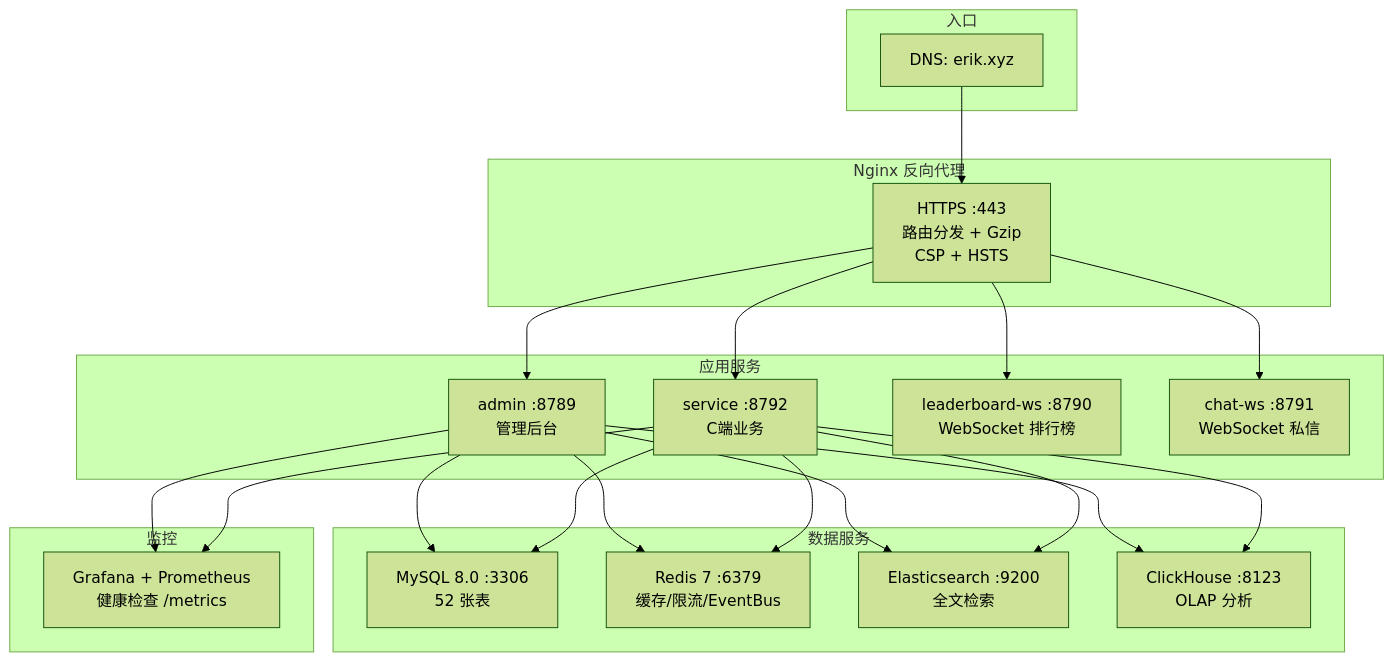
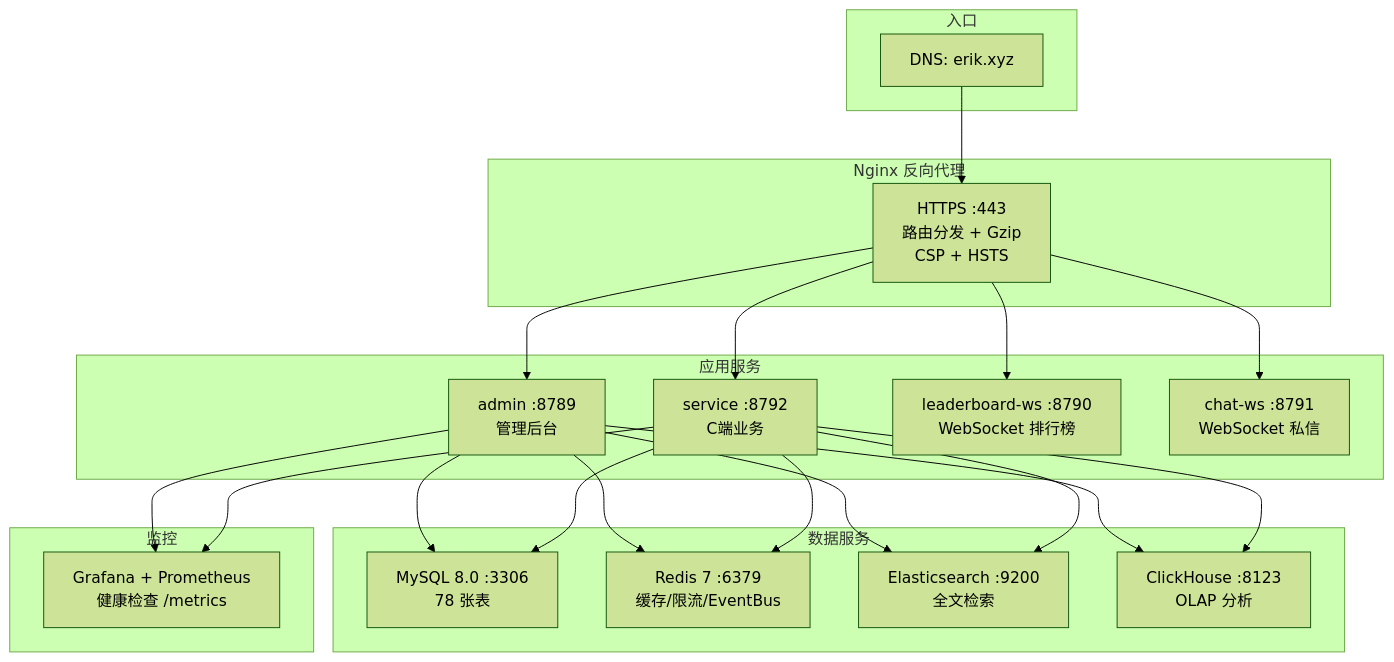
The diagram in admin/docs/diagrams/12-deployment.bn.md (erikwang2013/game-platform-php), drawn with Mermaid (forest theme) before and after one commit. The commit also changed other lines of this file and 511 other files, not shown here.

````diff
--- a/admin/docs/diagrams/12-deployment.bn.md
+++ b/admin/docs/diagrams/12-deployment.bn.md
@@ -7,33 +7,33 @@
 ```mermaid
 flowchart TB
     subgraph "入口"
         DNS["DNS: erik.xyz"]
     end
 
     subgraph "Nginx 反向代理"
         NGX["HTTPS :443<br/>路由分发 + Gzip<br/>CSP + HSTS"]
     end
 
     subgraph "应用服务"
         ADM["admin :8789<br/>管理后台"]
         SVC["service :8792<br/>C端业务"]
         LB["leaderboard-ws :8790<br/>WebSocket 排行榜"]
         CHAT["chat-ws :8791<br/>WebSocket 私信"]
     end
 
     subgraph "数据服务"
-        MYSQL["MySQL 8.0 :3306<br/>52 张表"]
+        MYSQL["MySQL 8.0 :3306<br/>78 张表"]
         REDIS["Redis 7 :6379<br/>缓存/限流/EventBus"]
         ES["Elasticsearch :9200<br/>全文检索"]
         CH["ClickHouse :8123<br/>OLAP 分析"]
     end
 
     subgraph "监控"
         MON["Grafana + Prometheus<br/>健康检查 /metrics"]
     end
 
     DNS --> NGX
     NGX --> ADM & SVC & LB & CHAT
     ADM & SVC --> MYSQL & REDIS & ES & CH
     ADM & SVC --> MON
 ```
````
